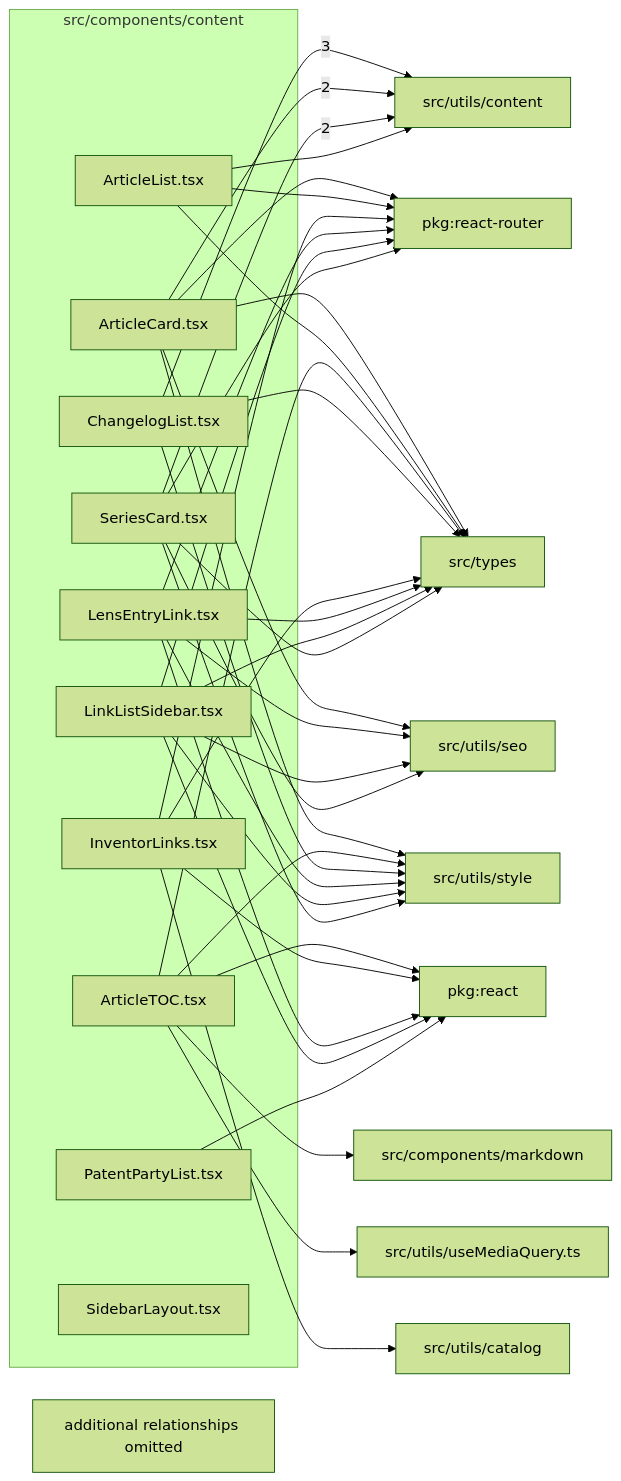
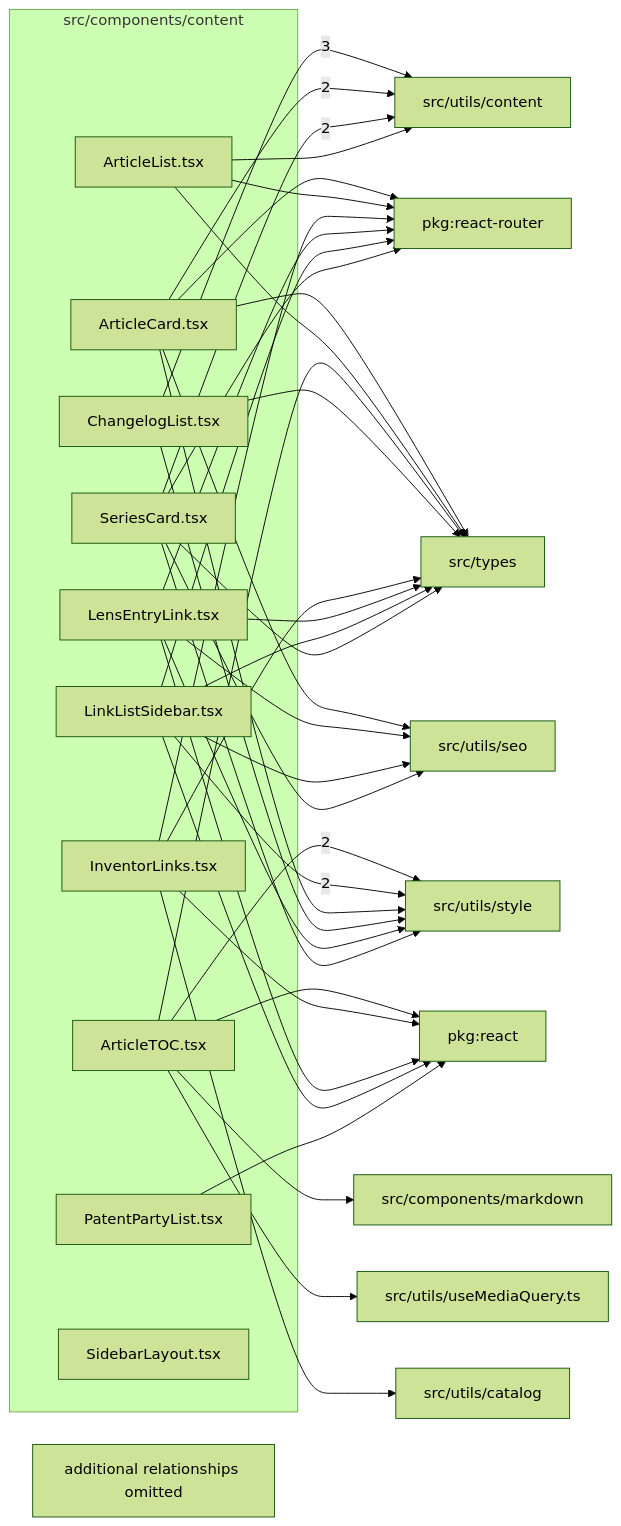
One commit to ronbuening/LensVisualizer changed the diagram in src/components/content/readme.md. Above: the diagram before and after it, drawn with Mermaid (forest theme). The commit also changed other lines of this file and 16 other files, not shown here.

````diff
--- a/src/components/content/readme.md
+++ b/src/components/content/readme.md
@@ -9,61 +9,61 @@
 ```mermaid
 flowchart LR
   subgraph n_src_components_content["src/components/content"]
     n_src_components_content_src_components_content_ArticleCard_tsx["ArticleCard.tsx"]
     n_src_components_content_src_components_content_ArticleList_tsx["ArticleList.tsx"]
     n_src_components_content_src_components_content_ArticleTOC_tsx["ArticleTOC.tsx"]
     n_src_components_content_src_components_content_ChangelogList_tsx["ChangelogList.tsx"]
     n_src_components_content_src_components_content_InventorLinks_tsx["InventorLinks.tsx"]
     n_src_components_content_src_components_content_LensEntryLink_tsx["LensEntryLink.tsx"]
     n_src_components_content_src_components_content_LinkListSidebar_tsx["LinkListSidebar.tsx"]
     n_src_components_content_src_components_content_PatentPartyList_tsx["PatentPartyList.tsx"]
     n_src_components_content_src_components_content_SeriesCard_tsx["SeriesCard.tsx"]
     n_src_components_content_src_components_content_SidebarLayout_tsx["SidebarLayout.tsx"]
   end
   n_external_src_utils_content["src/utils/content"]
+  n_external_src_utils_style["src/utils/style"]
   n_external_pkg_react["pkg:react"]
   n_external_pkg_react_router["pkg:react-router"]
   n_external_src_components_markdown["src/components/markdown"]
   n_external_src_types["src/types"]
   n_external_src_utils_catalog["src/utils/catalog"]
   n_external_src_utils_seo["src/utils/seo"]
-  n_external_src_utils_style["src/utils/style"]
   n_external_src_utils_useMediaQuery_ts["src/utils/useMediaQuery.ts"]
   n_src_components_content_src_components_content_ChangelogList_tsx --> |3| n_external_src_utils_content
   n_src_components_content_src_components_content_ArticleCard_tsx --> |2| n_external_src_utils_content
   n_src_components_content_src_components_content_SeriesCard_tsx --> |2| n_external_src_utils_content
+  n_src_components_content_src_components_content_ArticleTOC_tsx --> |2| n_external_src_utils_style
+  n_src_components_content_src_components_content_LinkListSidebar_tsx --> |2| n_external_src_utils_style
   n_src_components_content_src_components_content_ArticleTOC_tsx --> n_external_pkg_react
   n_src_components_content_src_components_content_InventorLinks_tsx --> n_external_pkg_react
   n_src_components_content_src_components_content_LensEntryLink_tsx --> n_external_pkg_react
   n_src_components_content_src_components_content_LinkListSidebar_tsx --> n_external_pkg_react
   n_src_components_content_src_components_content_PatentPartyList_tsx --> n_external_pkg_react
   n_src_components_content_src_components_content_ArticleCard_tsx --> n_external_pkg_react_router
   n_src_components_content_src_components_content_ArticleList_tsx --> n_external_pkg_react_router
   n_src_components_content_src_components_content_InventorLinks_tsx --> n_external_pkg_react_router
   n_src_components_content_src_components_content_LensEntryLink_tsx --> n_external_pkg_react_router
   n_src_components_content_src_components_content_LinkListSidebar_tsx --> n_external_pkg_react_router
   n_src_components_content_src_components_content_SeriesCard_tsx --> n_external_pkg_react_router
   n_src_components_content_src_components_content_ArticleTOC_tsx --> n_external_src_components_markdown
   n_src_components_content_src_components_content_ArticleCard_tsx --> n_external_src_types
   n_src_components_content_src_components_content_ArticleList_tsx --> n_external_src_types
   n_src_components_content_src_components_content_ArticleTOC_tsx --> n_external_src_types
   n_src_components_content_src_components_content_ChangelogList_tsx --> n_external_src_types
   n_src_components_content_src_components_content_InventorLinks_tsx --> n_external_src_types
   n_src_components_content_src_components_content_LensEntryLink_tsx --> n_external_src_types
   n_src_components_content_src_components_content_LinkListSidebar_tsx --> n_external_src_types
   n_src_components_content_src_components_content_SeriesCard_tsx --> n_external_src_types
   n_src_components_content_src_components_content_InventorLinks_tsx --> n_external_src_utils_catalog
   n_src_components_content_src_components_content_ArticleList_tsx --> n_external_src_utils_content
   n_src_components_content_src_components_content_ArticleCard_tsx --> n_external_src_utils_seo
   n_src_components_content_src_components_content_LensEntryLink_tsx --> n_external_src_utils_seo
   n_src_components_content_src_components_content_LinkListSidebar_tsx --> n_external_src_utils_seo
   n_src_components_content_src_components_content_SeriesCard_tsx --> n_external_src_utils_seo
   n_src_components_content_src_components_content_ArticleCard_tsx --> n_external_src_utils_style
-  n_src_components_content_src_components_content_ArticleTOC_tsx --> n_external_src_utils_style
   n_src_components_content_src_components_content_ChangelogList_tsx --> n_external_src_utils_style
   n_src_components_content_src_components_content_LensEntryLink_tsx --> n_external_src_utils_style
-  n_src_components_content_src_components_content_LinkListSidebar_tsx --> n_external_src_utils_style
   n_src_components_content_src_components_content_SeriesCard_tsx --> n_external_src_utils_style
   n_src_components_content_src_components_content_ArticleTOC_tsx --> n_external_src_utils_useMediaQuery_ts
   n_src_components_content_truncated["additional relationships omitted"]
 ```
````
